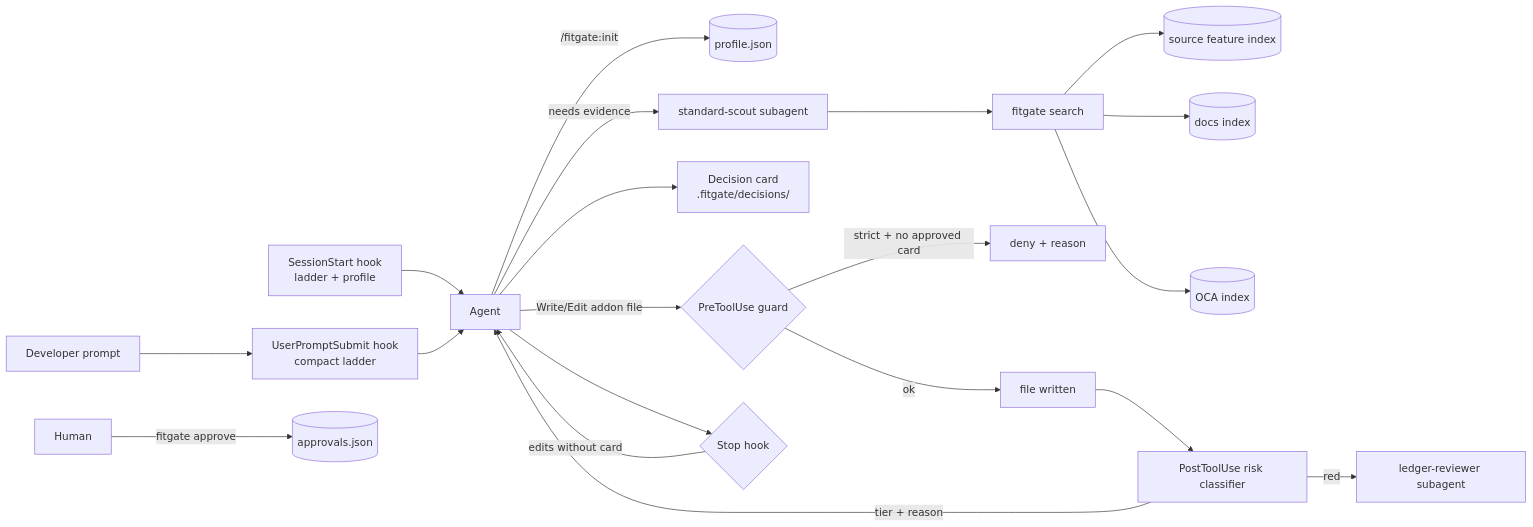
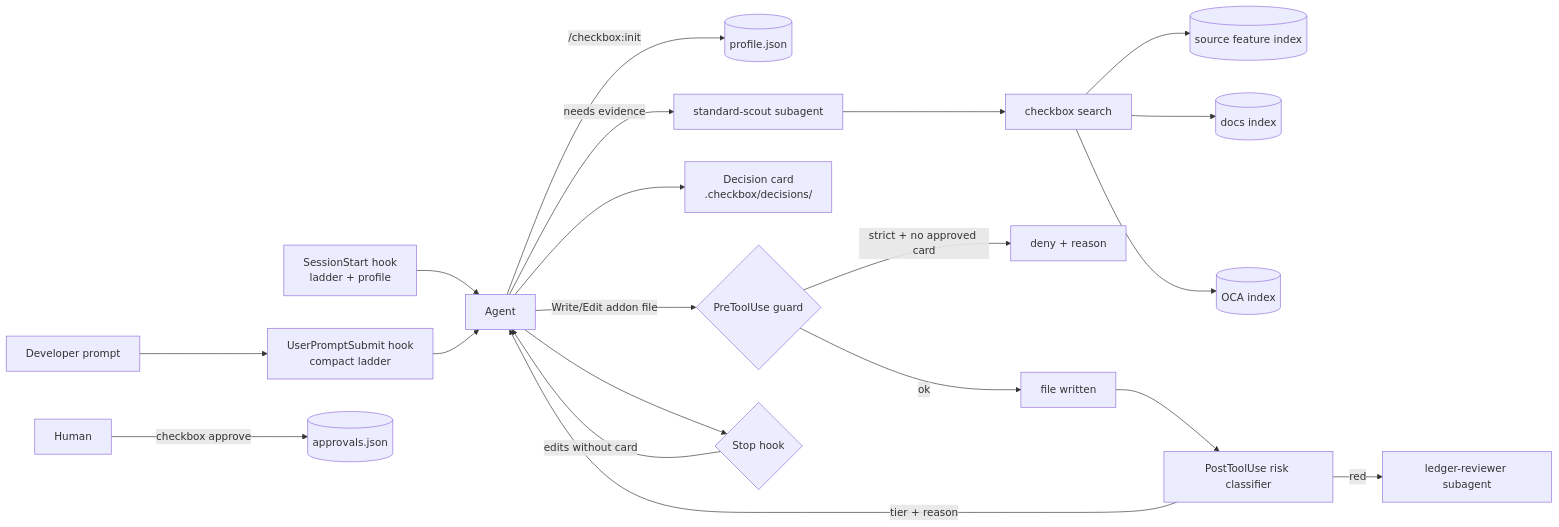
The diagram in docs/ARCHITECTURE.md (Razakamanana-Tianay/CheckBox-Odoo), drawn with Mermaid before and after one commit. The commit also changed other lines of this file and 6 other files, not shown here.

First line of the commit message:
refactor(P1): rename fitgate to checkbox throughout

````diff
--- a/docs/ARCHITECTURE.md
+++ b/docs/ARCHITECTURE.md
@@ -54,22 +54,22 @@
 ```mermaid
 flowchart LR
   U[Developer prompt] --> H1[UserPromptSubmit hook<br/>compact ladder]
   S[SessionStart hook<br/>ladder + profile] --> A
   H1 --> A[Agent]
-  A -->|/fitgate:init| P[(profile.json)]
+  A -->|/checkbox:init| P[(profile.json)]
   A -->|needs evidence| SC[standard-scout subagent]
-  SC --> K[fitgate search]
+  SC --> K[checkbox search]
   K --> I1[(source feature index)]
   K --> I2[(docs index)]
   K --> I3[(OCA index)]
-  A --> C[Decision card<br/>.fitgate/decisions/]
+  A --> C[Decision card<br/>.checkbox/decisions/]
   A -->|Write/Edit addon file| G{PreToolUse guard}
   G -->|strict + no approved card| X[deny + reason]
   G -->|ok| W[file written]
   W --> R[PostToolUse risk classifier]
   R -->|tier + reason| A
   A --> ST{Stop hook}
   ST -->|edits without card| A
   R -->|red| LR[ledger-reviewer subagent]
-  HUM[Human] -->|fitgate approve| AP[(approvals.json)]
+  HUM[Human] -->|checkbox approve| AP[(approvals.json)]
 ```
````
